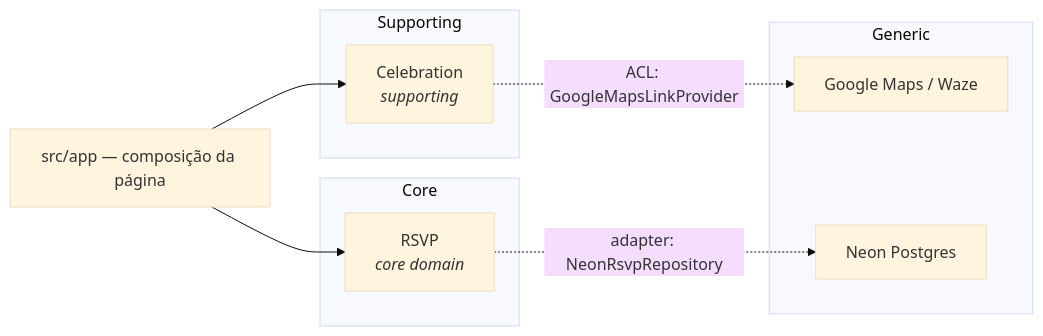
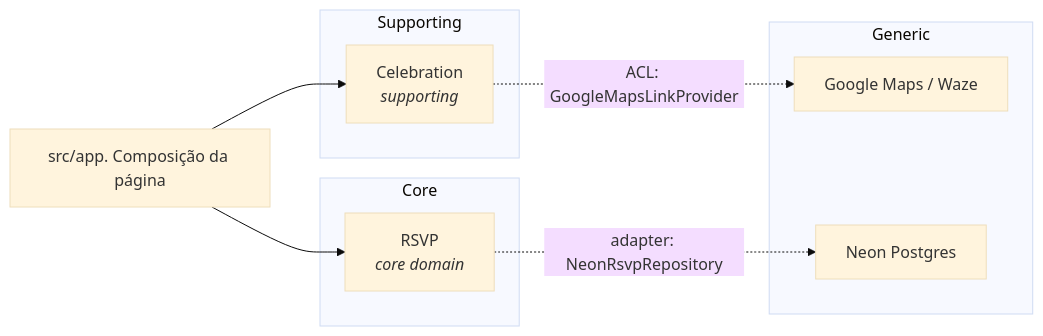
The first of 2 diagrams in docs/architecture/README.md (Thur-Silva/ivy_invite_2), drawn with Mermaid (base theme) before and after one commit. The commit also changed other lines of this file and 94 other files, not shown here.

````diff
--- a/docs/architecture/README.md
+++ b/docs/architecture/README.md
@@ -35,19 +35,19 @@
 ```mermaid
 flowchart LR
     subgraph Core
       RSVP["RSVP<br/><i>core domain</i>"]
     end
     subgraph Supporting
       CEL["Celebration<br/><i>supporting</i>"]
     end
     subgraph Generic
       MAPS["Google Maps / Waze"]
       NEON["Neon Postgres"]
     end
 
-    PAGE["src/app — composição da página"]
+    PAGE["src/app. Composição da página"]
     PAGE --> RSVP
     PAGE --> CEL
     CEL -. "ACL: GoogleMapsLinkProvider" .-> MAPS
     RSVP -. "adapter: NeonRsvpRepository" .-> NEON
 ```
````
